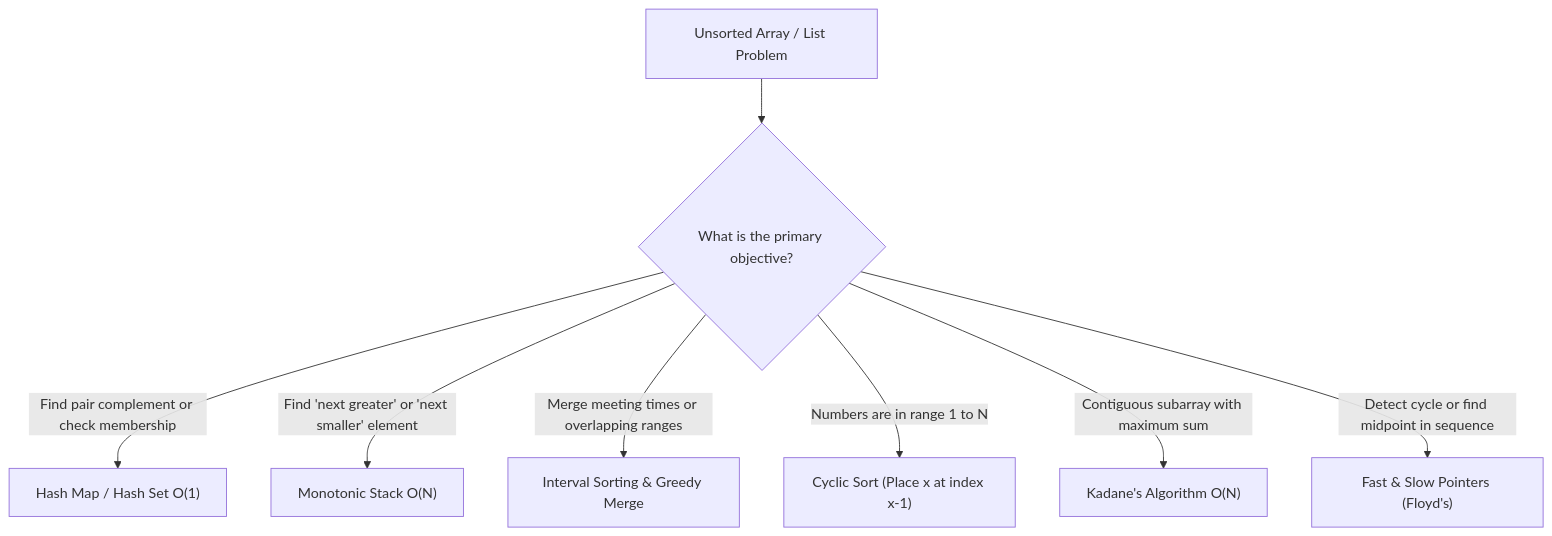
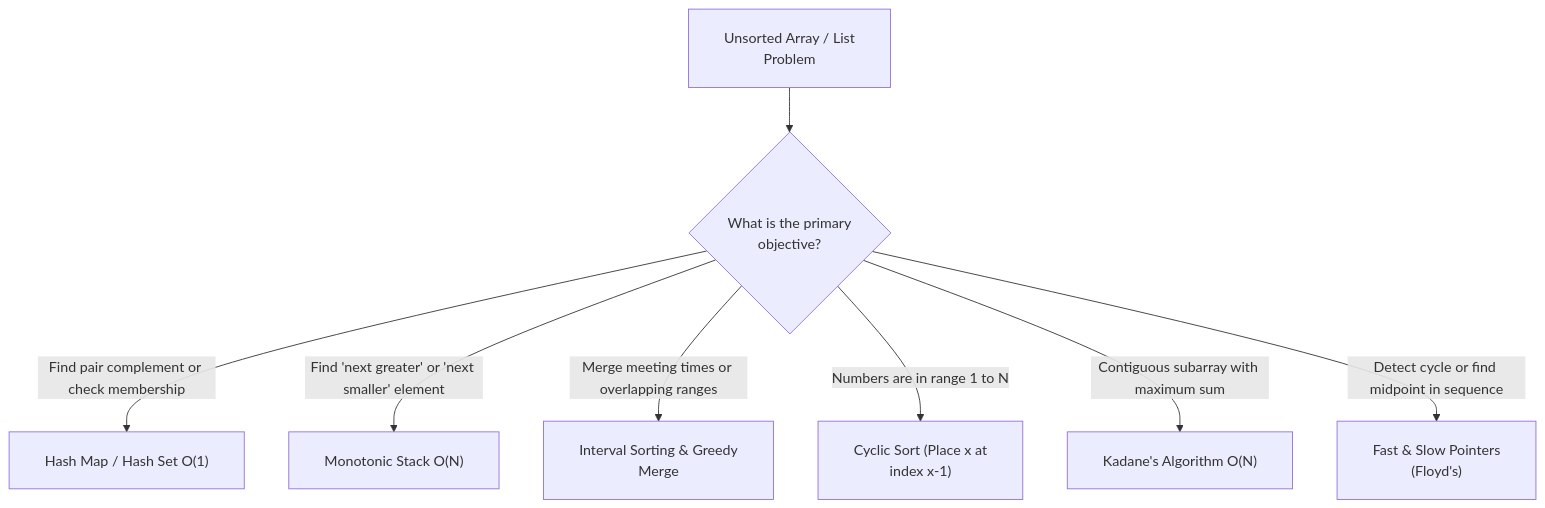
The diagram in week_05_tier_1_critical_patterns/support files/Week_05_Problem_Solving_Roadmap.md (dip4k/DSA_102), drawn with Mermaid before and after one commit. The commit also changed 108 other files, not shown here.

First line of the commit message:
fix(mermaid): resolve diagram clipping, padding, and syntax issues across repo

````diff
--- a/week_05_tier_1_critical_patterns/support files/Week_05_Problem_Solving_Roadmap.md
+++ b/week_05_tier_1_critical_patterns/support files/Week_05_Problem_Solving_Roadmap.md
@@ -16,10 +16,11 @@
 ```mermaid
+%%{init: {"flowchart": {"htmlLabels": true, "padding": 20}}}%%
 flowchart TD
-    Start["Unsorted Array / List Problem"] --> Q1{"What is the primary objective?"}
+    Start["Unsorted Array / List<br/>Problem"] --> Q1{"What is the primary<br/>objective?"}
     Q1 -->|Find pair complement or check membership| P1["Hash Map / Hash Set O(1)"]
-    Q1 -->|Find 'next greater' or 'next smaller' element| P2["Monotonic Stack O(N)"]
-    Q1 -->|Merge meeting times or overlapping ranges| P3["Interval Sorting & Greedy Merge"]
-    Q1 -->|Numbers are in range 1 to N| P4["Cyclic Sort (Place x at index x-1)"]
+    Q1 -->|"Find 'next greater' or 'next smaller' element"| P2["Monotonic Stack O(N)"]
+    Q1 -->|Merge meeting times or overlapping ranges| P3["Interval Sorting & Greedy<br/>Merge"]
+    Q1 -->|Numbers are in range 1 to N| P4["Cyclic Sort (Place x at<br/>index x-1)"]
     Q1 -->|Contiguous subarray with maximum sum| P5["Kadane's Algorithm O(N)"]
-    Q1 -->|Detect cycle or find midpoint in sequence| P6["Fast & Slow Pointers (Floyd's)"]
+    Q1 -->|Detect cycle or find midpoint in sequence| P6["Fast & Slow Pointers<br/>(Floyd's)"]
 ```
````
